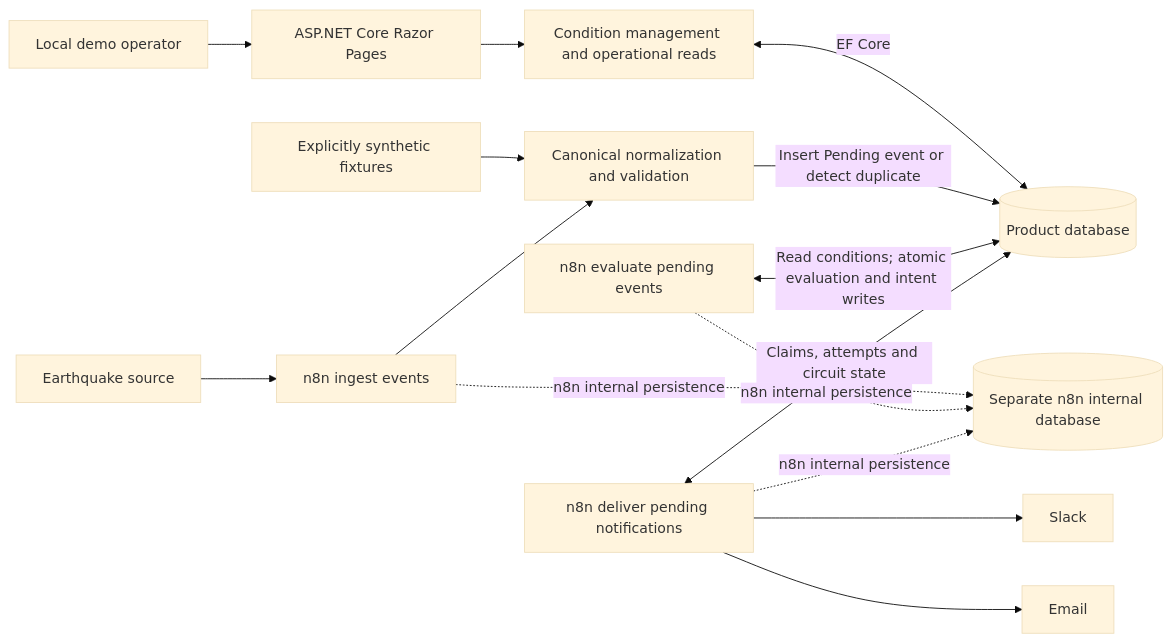
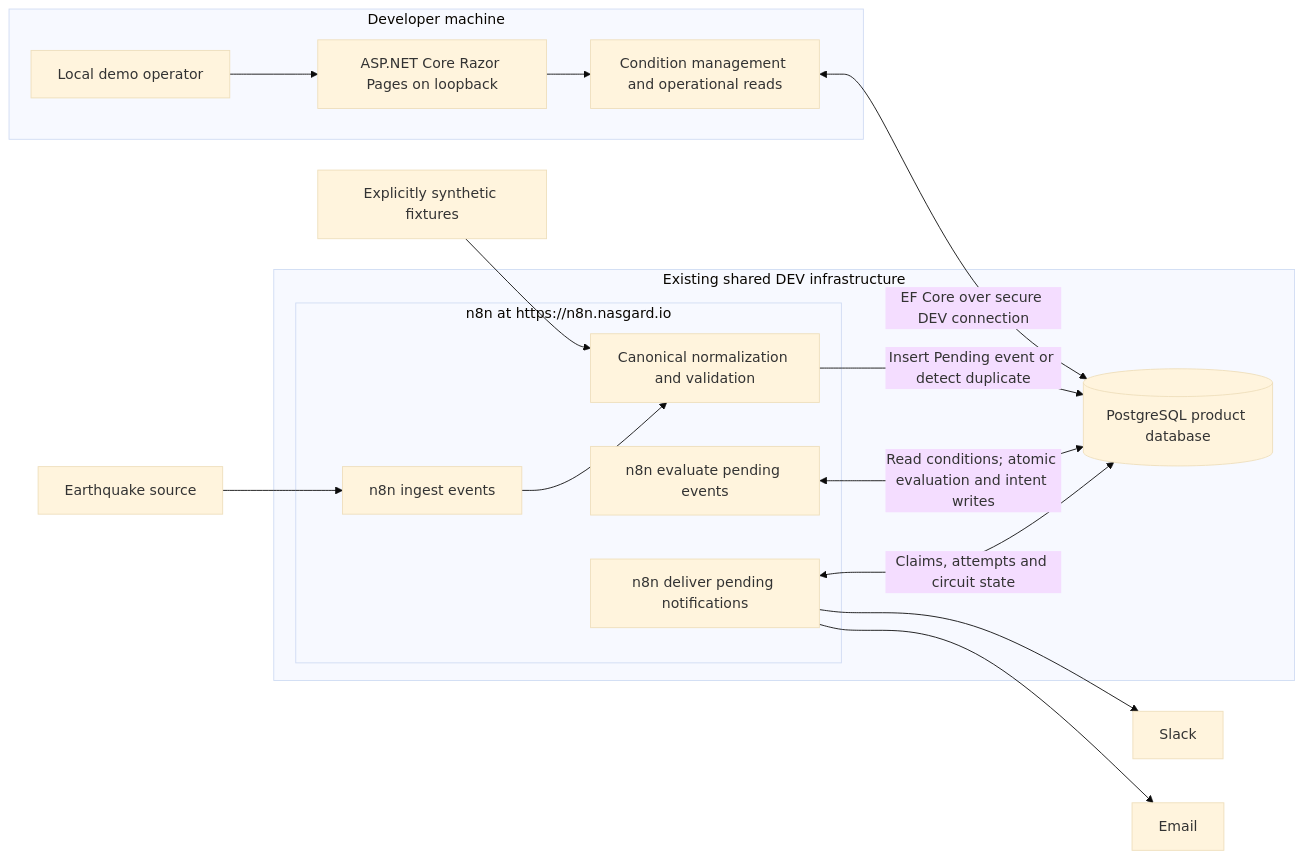
Before and after one commit to zskovacs/sonrisa-task04: the diagram in docs/04-architecture.md, drawn with Mermaid (base theme). The commit also changed other lines of this file and 50 other files, not shown here.

Commit message:
feat: add application skeleton and local infrastructure

````diff
--- a/docs/04-architecture.md
+++ b/docs/04-architecture.md
@@ -11,17 +11,25 @@
 ```mermaid
 flowchart LR
-    Operator[Local demo operator] --> UI[ASP.NET Core Razor Pages]
-    UI --> Services[Condition management and operational reads]
-    Services <-->|EF Core| ProductDB[(Product database)]
+    subgraph Local[Developer machine]
+        Operator[Local demo operator] --> UI[ASP.NET Core Razor Pages on loopback]
+        UI --> Services[Condition management and operational reads]
+    end
+    subgraph DEV[Existing shared DEV infrastructure]
+        ProductDB[(PostgreSQL product database)]
+        subgraph HostedN8N[n8n at https://n8n.nasgard.io]
+            Ingest[n8n ingest events]
+            Normalize[Canonical normalization and validation]
+            Evaluate[n8n evaluate pending events]
+            Deliver[n8n deliver pending notifications]
+        end
+    end
+    Services <-->|EF Core over secure DEV connection| ProductDB
     Sources[Earthquake source] --> Ingest[n8n ingest events]
     Demo[Explicitly synthetic fixtures] --> Normalize[Canonical normalization and validation]
     Ingest --> Normalize
     Normalize -->|Insert Pending event or detect duplicate| ProductDB
     Evaluate[n8n evaluate pending events] <-->|Read conditions; atomic evaluation and intent writes| ProductDB
     Deliver[n8n deliver pending notifications] <-->|Claims, attempts and circuit state| ProductDB
     Deliver --> Slack[Slack]
     Deliver --> Email[Email]
-    Ingest -. n8n internal persistence .-> InternalDB[(Separate n8n internal database)]
-    Evaluate -. n8n internal persistence .-> InternalDB
-    Deliver -. n8n internal persistence .-> InternalDB
 ```
````
